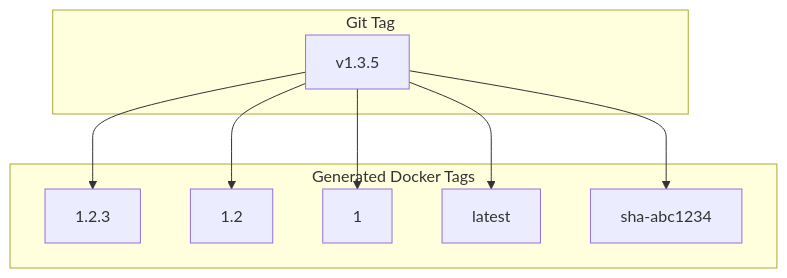
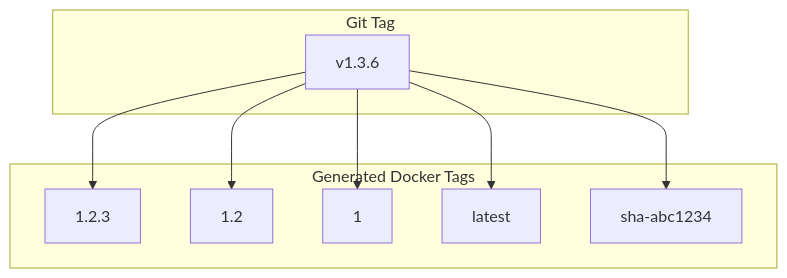
Before and after one commit to telemetryflow/telemetryflow-agent: the third of 3 diagrams in docs/GITHUB-WORKFLOWS.md, drawn with Mermaid. The commit also changed other lines of this file and 25 other files, not shown here.

````diff
--- a/docs/GITHUB-WORKFLOWS.md
+++ b/docs/GITHUB-WORKFLOWS.md
@@ -305,20 +305,20 @@
 ```mermaid
 flowchart TD
     subgraph "Git Tag"
-        T[v1.3.5]
+        T[v1.3.6]
     end
 
     subgraph "Generated Docker Tags"
         D1[1.2.3]
         D2[1.2]
         D3[1]
         D4[latest]
         D5[sha-abc1234]
     end
 
     T --> D1
     T --> D2
     T --> D3
     T --> D4
     T --> D5
 ```
````
